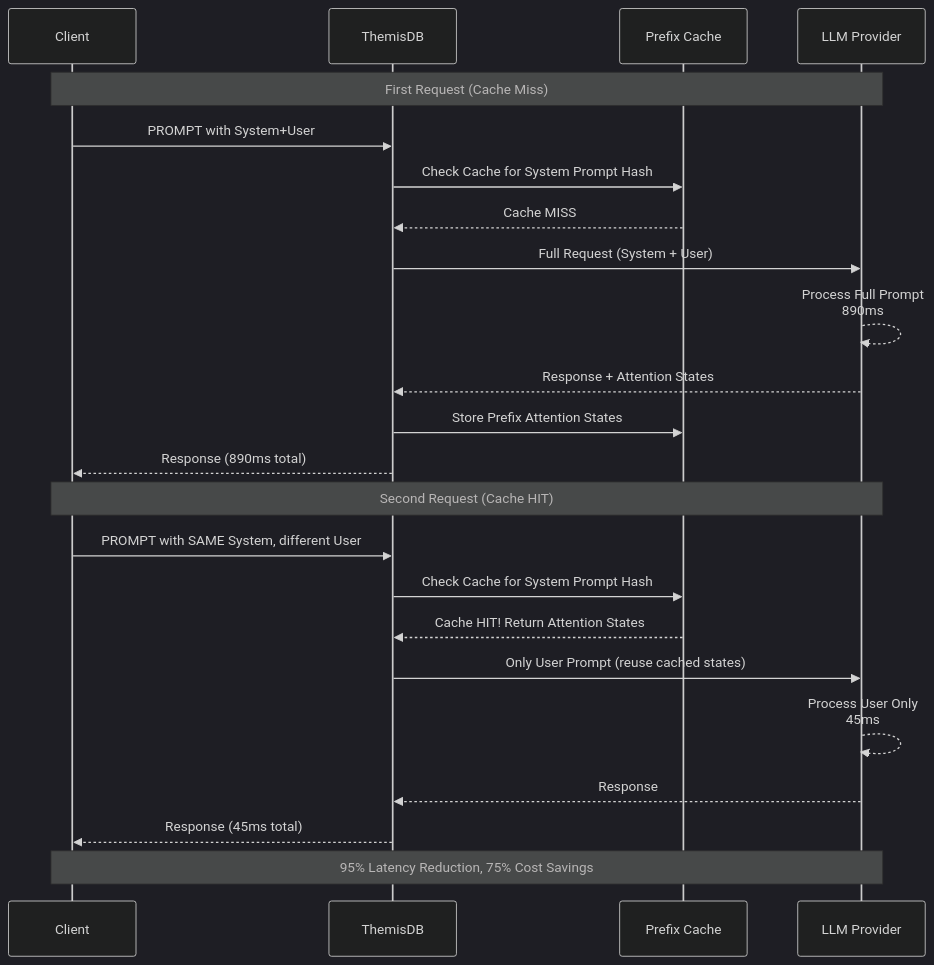
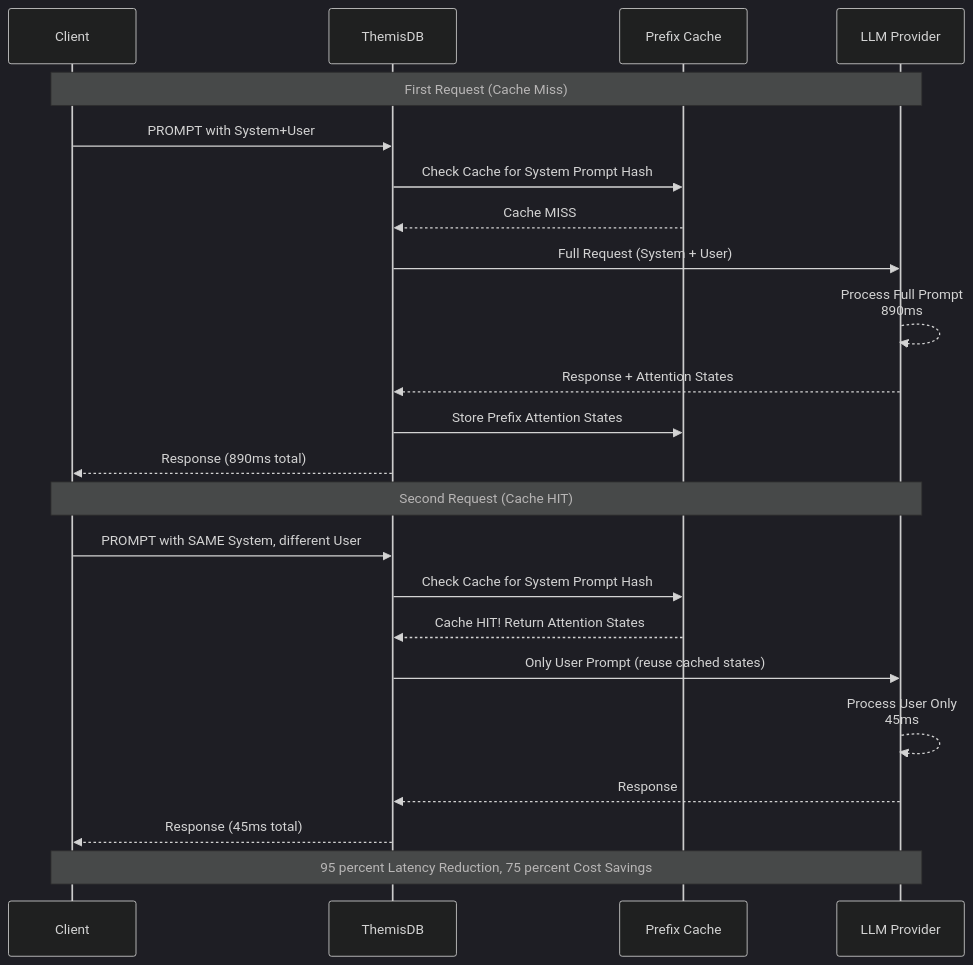
Before and after one commit to makr-code/ThemisDB: the third of 7 diagrams in compendium/chapter_17_llm_integration.md, drawn with Mermaid (dark theme). The commit also changed other lines of this file and 19 other files, not shown here.

First line of the commit message:
Refactor Mermaid syntax and improve documentation consistency across chapters

````diff
--- a/compendium/chapter_17_llm_integration.md
+++ b/compendium/chapter_17_llm_integration.md
@@ -1414,28 +1414,28 @@
 ```mermaid
 sequenceDiagram
     participant Client
     participant ThemisDB
     participant PrefixCache as Prefix Cache
     participant LLM as LLM Provider
     
     Note over Client,LLM: First Request (Cache Miss)
     Client->>ThemisDB: PROMPT with System+User
     ThemisDB->>PrefixCache: Check Cache for System Prompt Hash
     PrefixCache-->>ThemisDB: Cache MISS
     ThemisDB->>LLM: Full Request (System + User)
     LLM-->>LLM: Process Full Prompt<br/>890ms
     LLM-->>ThemisDB: Response + Attention States
     ThemisDB->>PrefixCache: Store Prefix Attention States
     ThemisDB-->>Client: Response (890ms total)
     
     Note over Client,LLM: Second Request (Cache HIT)
     Client->>ThemisDB: PROMPT with SAME System, different User
     ThemisDB->>PrefixCache: Check Cache for System Prompt Hash
     PrefixCache-->>ThemisDB: Cache HIT! Return Attention States
     ThemisDB->>LLM: Only User Prompt (reuse cached states)
     LLM-->>LLM: Process User Only<br/>45ms
     LLM-->>ThemisDB: Response
     ThemisDB-->>Client: Response (45ms total)
     
-    Note over Client,LLM: 95% Latency Reduction, 75% Cost Savings
+    Note over Client,LLM: 95 percent Latency Reduction, 75 percent Cost Savings
 ```
````
